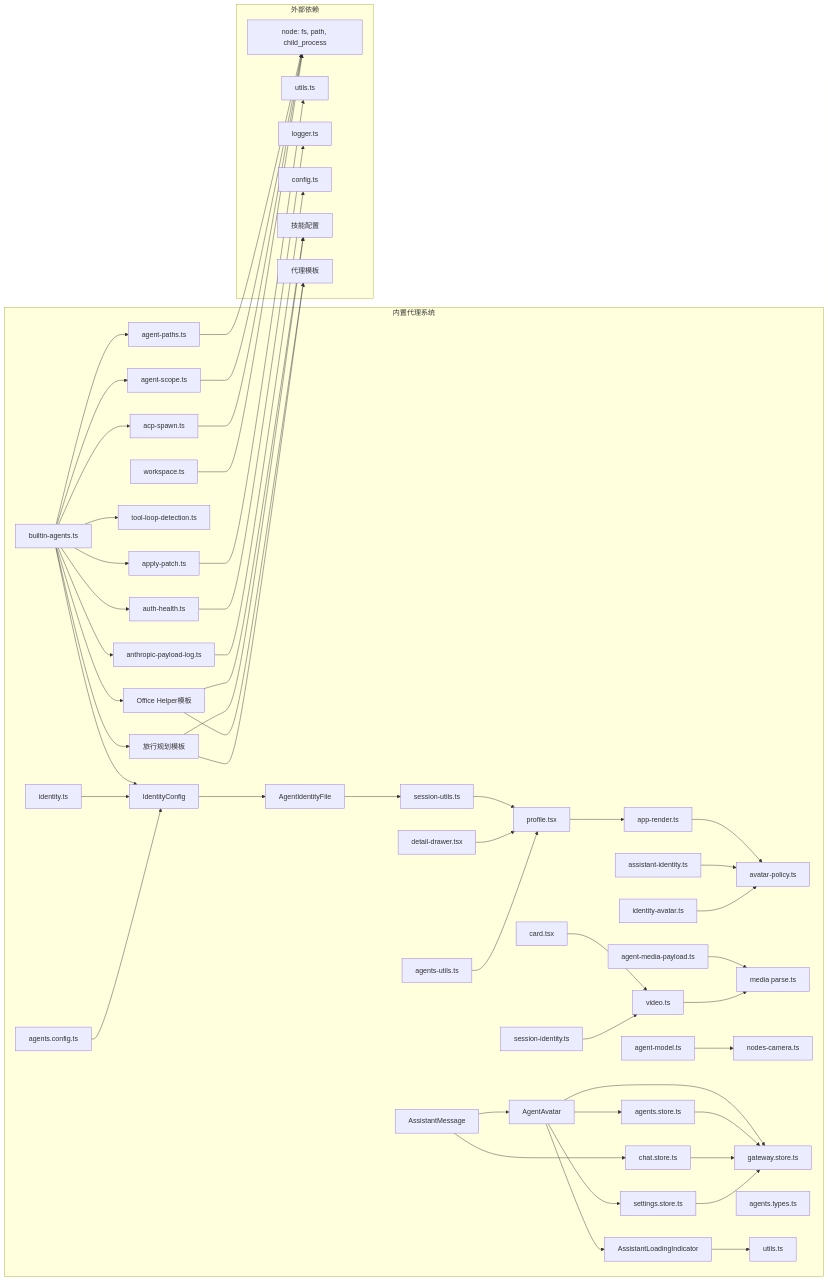
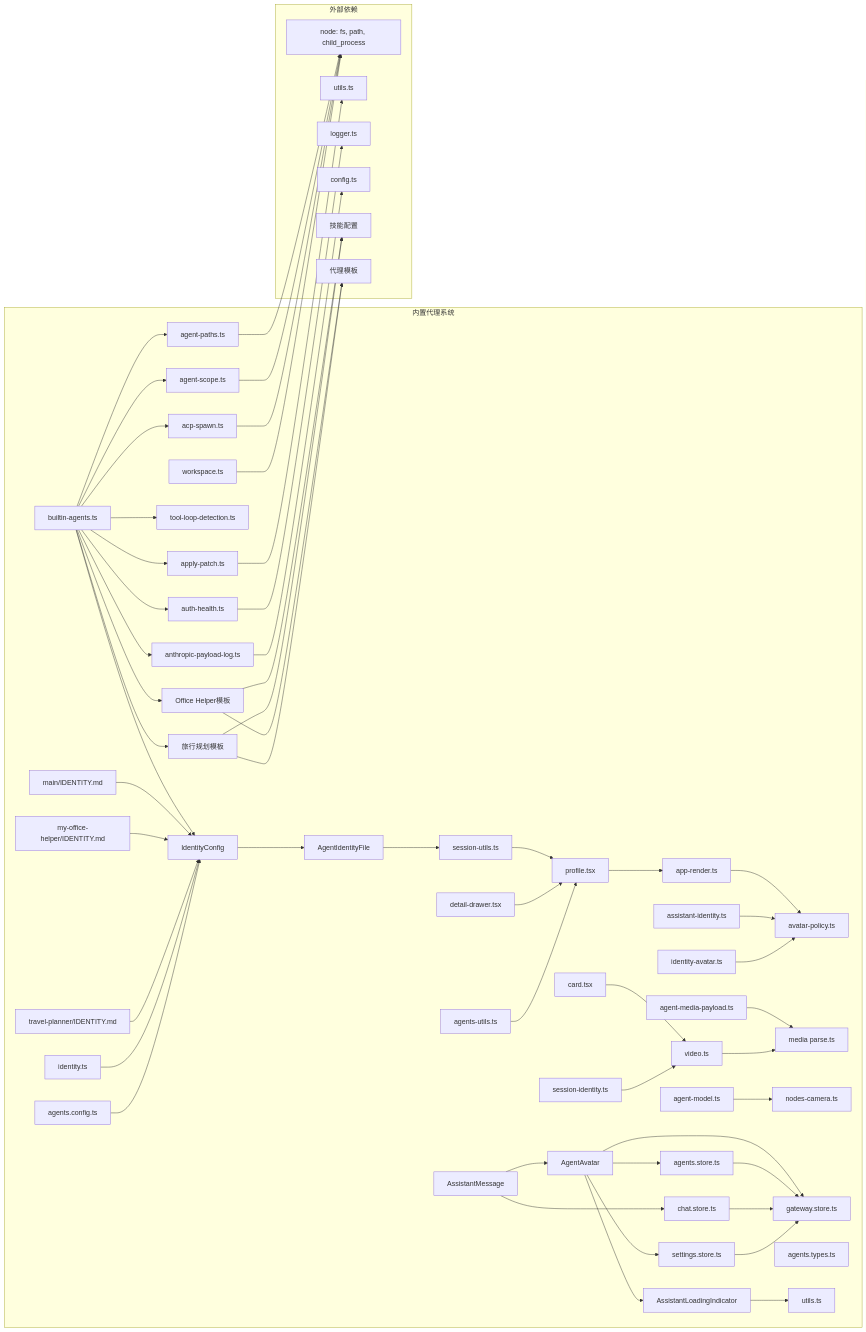
Diagram 22 of 23 in .qoder/repowiki/zh/content/Builtin Agents System.md (verse-ai-org/openclaw), drawn with Mermaid before and after one commit. The commit also changed other lines of this file and 12 other files, not shown here.

```diff
--- a/.qoder/repowiki/zh/content/Builtin Agents System.md
+++ b/.qoder/repowiki/zh/content/Builtin Agents System.md
@@ -987,6 +993,9 @@
 ATYPES[agents.types.ts]
 ALI[AssistantLoadingIndicator]
 UTILS[utils.ts]
+ITMD[main/IDENTITY.md]
+ITMD2[my-office-helper/IDENTITY.md]
+ITMD3[travel-planner/IDENTITY.md]
 end
 subgraph "外部依赖"
 Node[node: fs, path, child_process]
@@ -1015,6 +1024,9 @@
 TPT --> Skills
 OHT --> Templates
 TPT --> Templates
+ITMD --> IC
+ITMD2 --> IC
+ITMD3 --> IC
 AP --> Node
 AS --> Node
 ACSP --> Node
```
